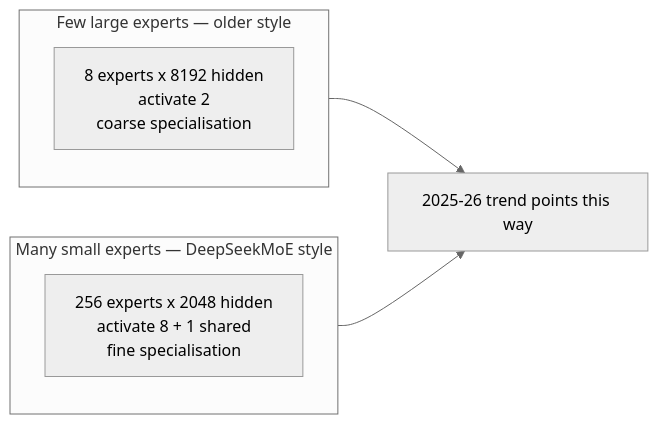
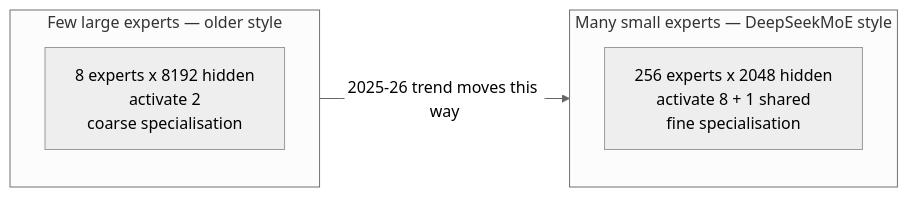
Before and after one commit to alliedbrother/ml-interview-notes: the fifth of 5 diagrams in content/courses/transformers/12-mixture-of-experts.md, drawn with Mermaid (neutral theme). The commit also changed other lines of this file and 7 other files, not shown here.

````diff
--- a/content/courses/transformers/12-mixture-of-experts.md
+++ b/content/courses/transformers/12-mixture-of-experts.md
@@ -301,11 +301,10 @@
 ```mermaid
 flowchart LR
     subgraph FEW["Few large experts — older style"]
         F1["8 experts x 8192 hidden<br/>activate 2<br/>coarse specialisation"]
     end
     subgraph MANY["Many small experts — DeepSeekMoE style"]
         M1["256 experts x 2048 hidden<br/>activate 8 + 1 shared<br/>fine specialisation"]
     end
-    FEW --> TREND["2025-26 trend points this way"]
-    MANY --> TREND
+    FEW -->|"2025-26 trend moves this way"| MANY
 ```
````
